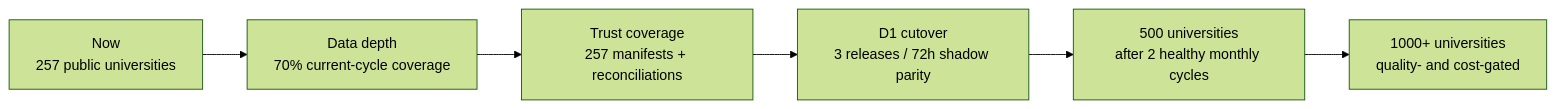
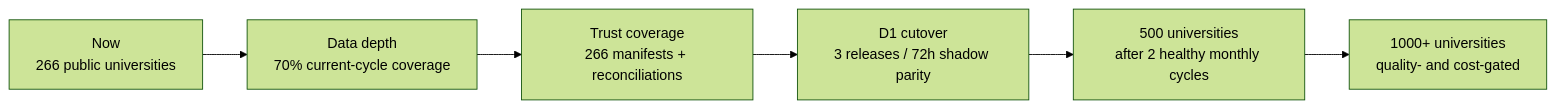
Before and after one commit to computersciencefreshmen/StudyInChina: the second of 2 diagrams in README.md, drawn with Mermaid (forest theme). The commit also changed other lines of this file and 59 other files, not shown here.

````diff
--- a/README.md
+++ b/README.md
@@ -268,8 +270,8 @@
 ```mermaid
 flowchart LR
-    N["Now<br/>257 public universities"] --> D["Data depth<br/>70% current-cycle coverage"]
-    D --> T["Trust coverage<br/>257 manifests + reconciliations"]
+    N["Now<br/>266 public universities"] --> D["Data depth<br/>70% current-cycle coverage"]
+    D --> T["Trust coverage<br/>266 manifests + reconciliations"]
     T --> C["D1 cutover<br/>3 releases / 72h shadow parity"]
     C --> F["500 universities<br/>after 2 healthy monthly cycles"]
     F --> K["1000+ universities<br/>quality- and cost-gated"]
 ```
````
